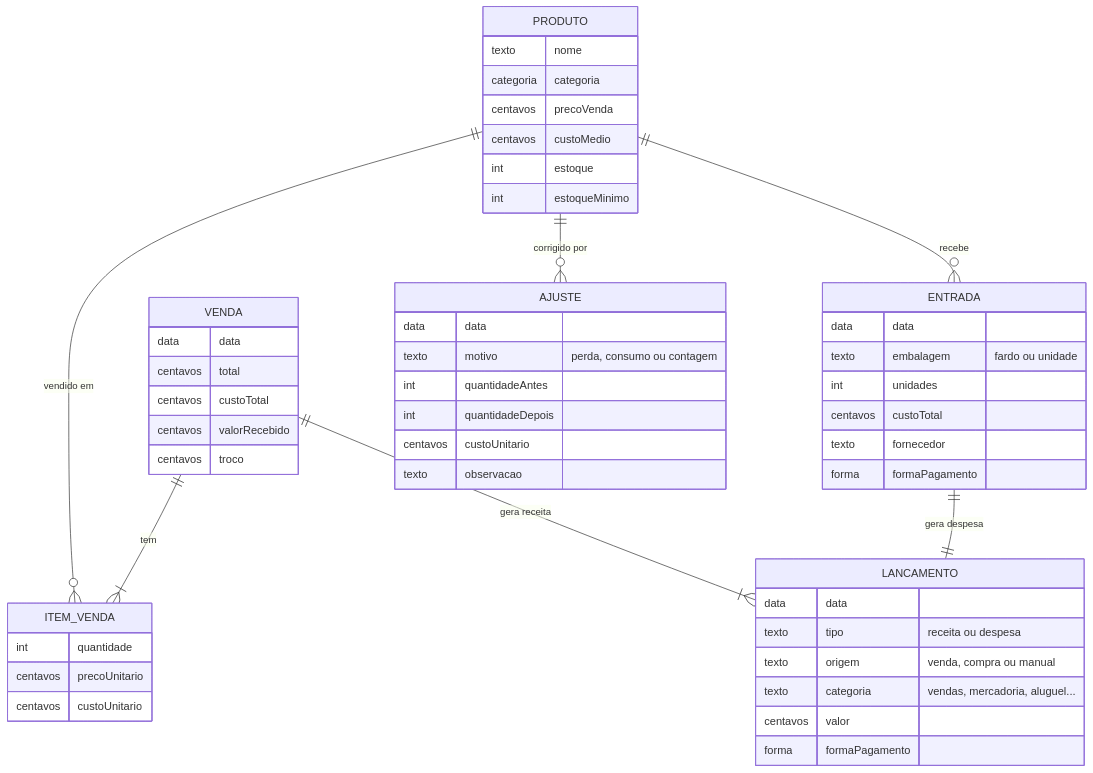
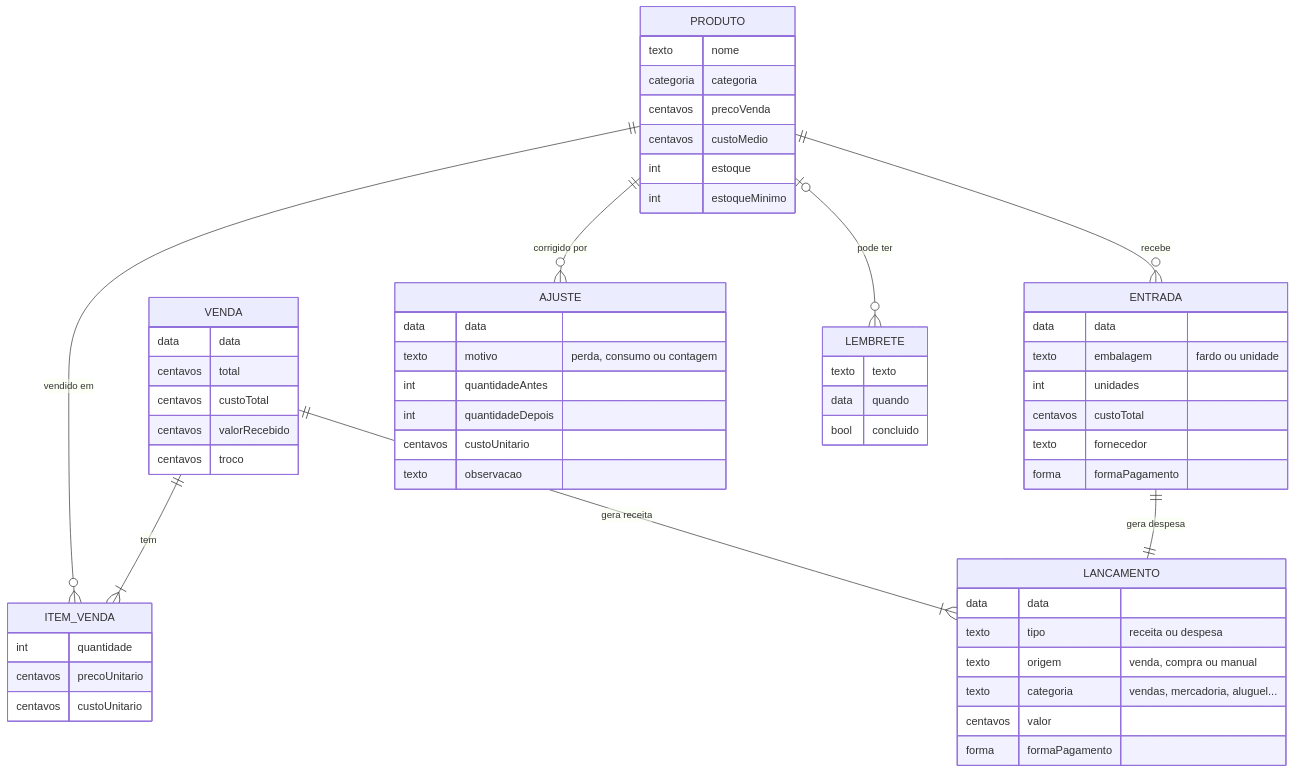
One commit to Diogo632/Adegas changed the fourth of 4 diagrams in docs/FLUXO.md. Above: the diagram before and after it, drawn with Mermaid. The commit also changed other lines of this file and 41 other files, not shown here.

````diff
--- a/docs/FLUXO.md
+++ b/docs/FLUXO.md
@@ -173,54 +182,60 @@
 ```mermaid
 erDiagram
     PRODUTO ||--o{ ITEM_VENDA : "vendido em"
     PRODUTO ||--o{ ENTRADA : "recebe"
     VENDA ||--|{ ITEM_VENDA : tem
     VENDA ||--|{ LANCAMENTO : "gera receita"
     ENTRADA ||--|| LANCAMENTO : "gera despesa"
     PRODUTO ||--o{ AJUSTE : "corrigido por"
+    PRODUTO |o--o{ LEMBRETE : "pode ter"
 
     PRODUTO {
         texto nome
         categoria categoria
         centavos precoVenda
         centavos custoMedio
         int estoque
         int estoqueMinimo
     }
     ENTRADA {
         data data
         texto embalagem "fardo ou unidade"
         int unidades
         centavos custoTotal
         texto fornecedor
         forma formaPagamento
     }
     VENDA {
         data data
         centavos total
         centavos custoTotal
         centavos valorRecebido
         centavos troco
     }
     ITEM_VENDA {
         int quantidade
         centavos precoUnitario
         centavos custoUnitario
     }
     LANCAMENTO {
         data data
         texto tipo "receita ou despesa"
         texto origem "venda, compra ou manual"
         texto categoria "vendas, mercadoria, aluguel..."
         centavos valor
         forma formaPagamento
     }
     AJUSTE {
         data data
         texto motivo "perda, consumo ou contagem"
         int quantidadeAntes
         int quantidadeDepois
         centavos custoUnitario
         texto observacao
     }
+    LEMBRETE {
+        texto texto
+        data quando
+        bool concluido
+    }
 ```
````
